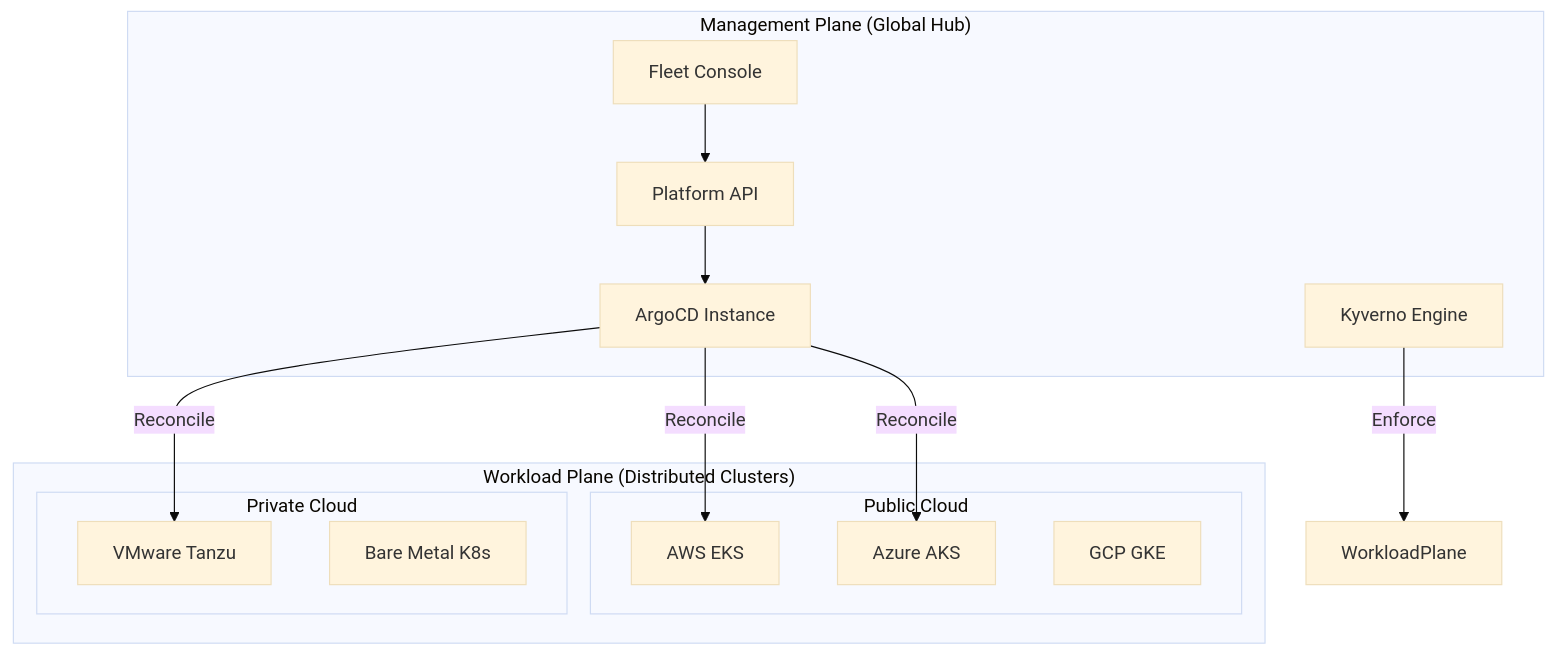
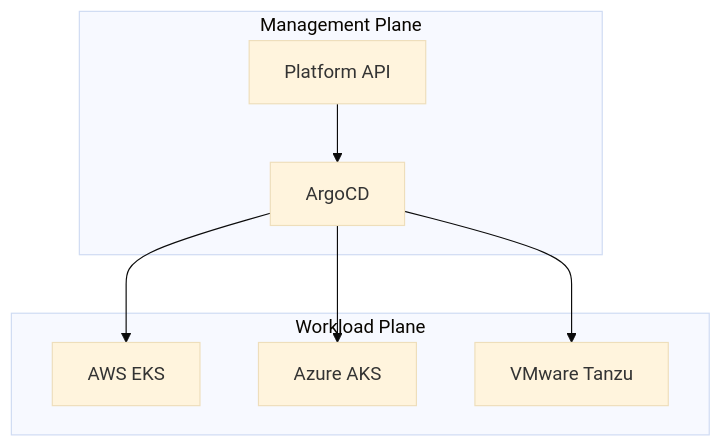
One commit to Devopstrio/hybrid-kubernetes-pattern changed the first of 30 diagrams in README.md. Above: the diagram before and after it, drawn with Mermaid (base theme). The commit also changed other lines of this file, not shown here.

Commit message:
docs: expand README with 30+ architectural diagrams

````diff
--- a/README.md
+++ b/README.md
@@ -65,28 +27,16 @@
 ```mermaid
 graph TD
-    subgraph "Management Plane (Global Hub)"
+    subgraph "Management Plane"
         API[Platform API]
-        Web[Fleet Console]
-        GitOps[ArgoCD Instance]
-        Policies[Kyverno Engine]
+        GitOps[ArgoCD]
     end
-
-    subgraph "Workload Plane (Distributed Clusters)"
-        subgraph "Public Cloud"
-            EKS[AWS EKS]
-            AKS[Azure AKS]
-            GKE[GCP GKE]
-        end
-        subgraph "Private Cloud"
-            VMW[VMware Tanzu]
-            BM[Bare Metal K8s]
-        end
+    subgraph "Workload Plane"
+        EKS[AWS EKS]
+        AKS[Azure AKS]
+        VMW[VMware Tanzu]
     end
-
-    Web --> API
     API --> GitOps
-    GitOps -- "Reconcile" --> EKS
-    GitOps -- "Reconcile" --> AKS
-    GitOps -- "Reconcile" --> VMW
-    Policies -- "Enforce" --> WorkloadPlane
+    GitOps --> EKS
+    GitOps --> AKS
+    GitOps --> VMW
 ```
````
